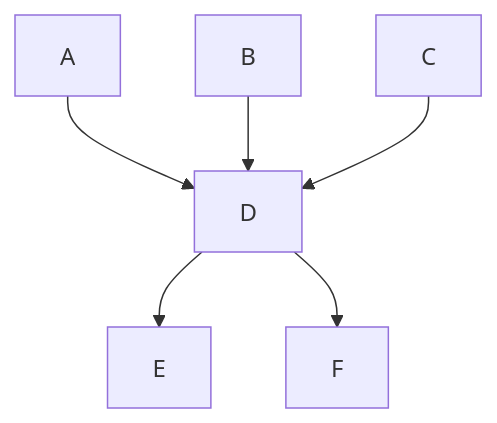
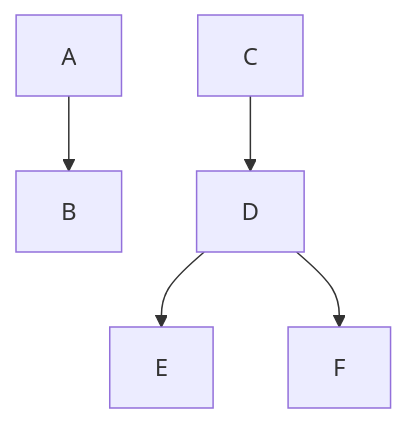
One commit to zmercury/cpp changed the diagram in Notes/February/006_Feb17/Readme.md. Above: the diagram before and after it, drawn with Mermaid.

Commit message:
Feb 17 Update

````diff
--- a/Notes/February/006_Feb17/Readme.md
+++ b/Notes/February/006_Feb17/Readme.md
@@ -53,8 +53,7 @@
 ```mermaid
   graph TD;
-      A-->D;
-      B-->D;
+      A-->B;
       C-->D;
       D-->E;
       D-->F;
 ```
````
